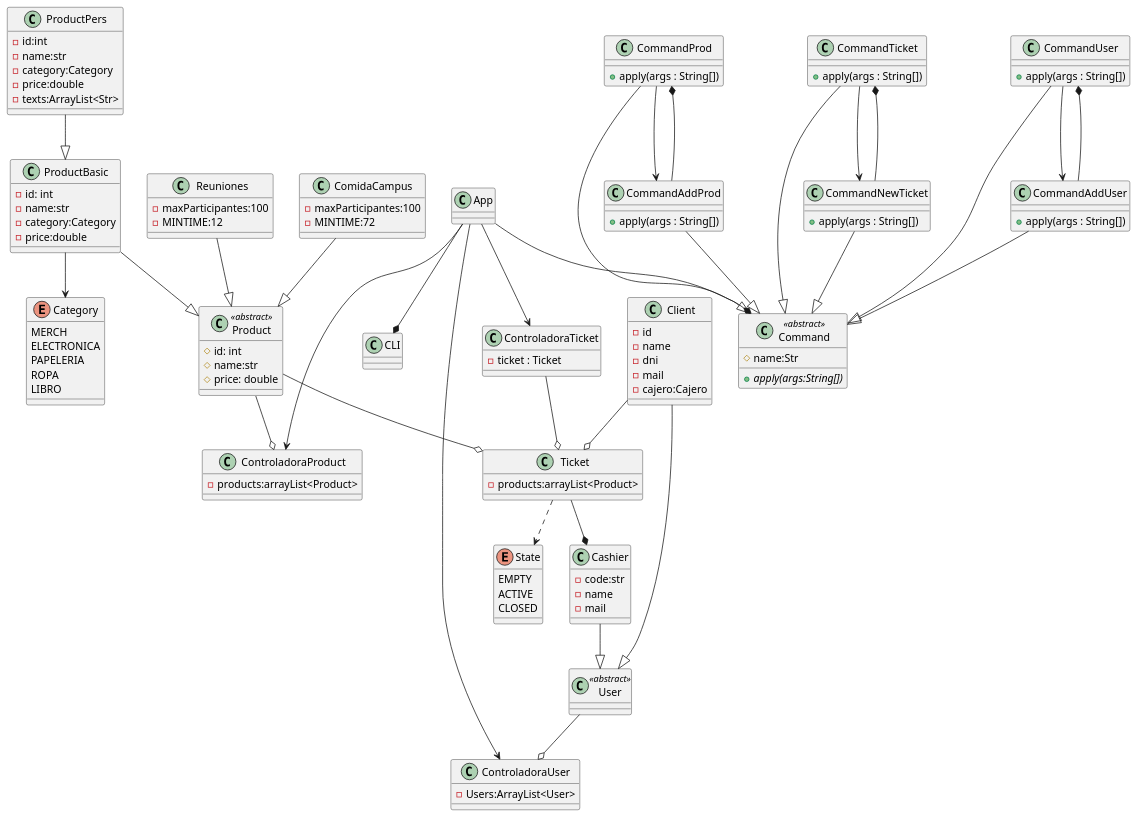
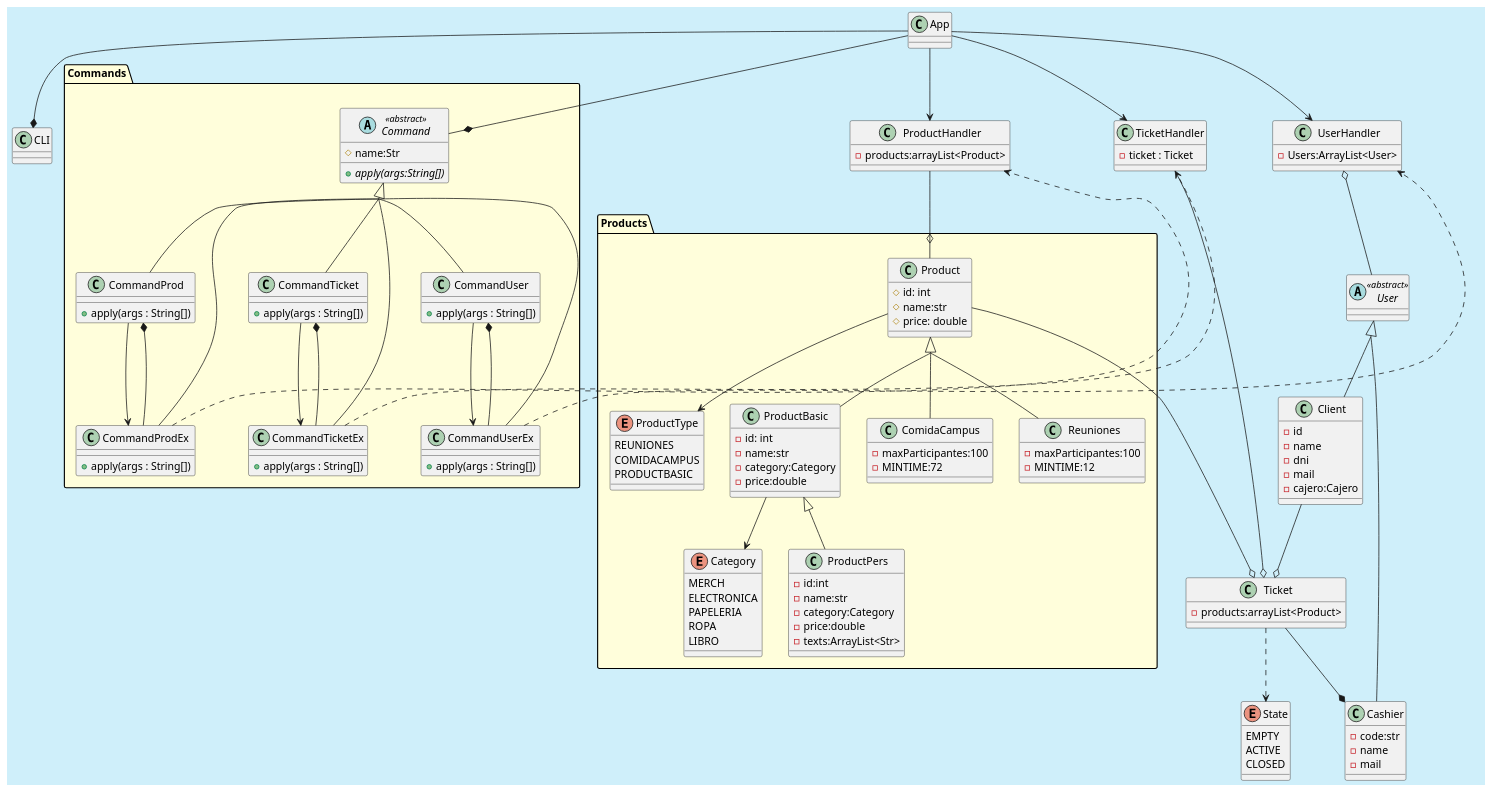
One commit to MarcosAus/tienda_upm changed the diagram in src/main/java/es/upm/etsisi/poo/tienda_upm_diagramav2.puml. Above: the diagram before and after it, drawn with PlantUML. The commit also changed 11 other files, not shown here.

Commit message:
Se crean las clases CLI y las relacionadas a product: Product, Reuniones, ComidasCampus, ProductBasic, ProductPers y Category. Se ha cambiado el uml, ahora es más visual y se ha corregido semi-errores que hacian que se vierá simplemente peor.

```diff
--- a/src/main/java/es/upm/etsisi/poo/tienda_upm_diagramav2.puml
+++ b/src/main/java/es/upm/etsisi/poo/tienda_upm_diagramav2.puml
@@ -1,151 +1,180 @@
 @startuml
+Skinparam groupInheritance 2
+skinparam backgroundColor #CFEFFA
+namespace Commands #FFFEDB {
+
+}
+namespace Products #FFFEDB {
+}
+
+
 Class App {}
 class CLI {}
-class Product <<abstract>> {
+class Products.Product  {
 #id: int
 #name:str
 #price: double
 }
+enum Products.ProductType{
+REUNIONES
+COMIDACAMPUS
+PRODUCTBASIC
+}
+Product --> ProductType
 
-class ControladoraProduct {
+class ProductHandler {
 -products:arrayList<Product>
 }
 
 class Ticket{
 -products:arrayList<Product>
 }
 
 enum State{
 EMPTY
 ACTIVE
 CLOSED
 }
 
 Ticket ..>State
 
-class ControladoraTicket {
+class TicketHandler {
 -ticket : Ticket
 }
 
-Product --o ControladoraProduct
 Product --o Ticket
-ControladoraTicket --o Ticket
+TicketHandler --o Ticket
 
 
 
-class ProductBasic{
+class Products.ProductBasic{
 
 -id: int
 -name:str
 -category:Category
 -price:double
 }
 
-enum Category {
+enum Products.Category {
 MERCH
 ELECTRONICA
 PAPELERIA
 ROPA
 LIBRO
 }
 ProductBasic -->Category
-ProductBasic --|> Product
+Product <|-- ProductBasic
 
-class ProductPers{
+class Products.ProductPers{
 
 -id:int
 -name:str
 -category:Category
 -price:double
 -texts:ArrayList<Str>
 }
-ProductPers --|> ProductBasic
+ProductBasic <|--  ProductPers
 
-class ComidaCampus{
+class Products.ComidaCampus{
 -maxParticipantes:100
 -MINTIME:72
 }
-ComidaCampus --|> Product
 
-class Reuniones{
+
+class Products.Reuniones{
 -maxParticipantes:100
 -MINTIME:12
 }
-Reuniones --|> Product
 
-class ControladoraUser{
+Product <|-- ComidaCampus
+Product <|-- Reuniones
+
+class UserHandler{
 -Users:ArrayList<User>
 }
 
-class User<<abstract>> {
+abstract class User<<abstract>> {
 }
-User --o ControladoraUser
+UserHandler o-- User
+
 class Client {
 -id
 -name
 -dni
 -mail
 -cajero:Cajero
 }
-Client --|> User
 
+User <|-- Client
 
 class Cashier{
 -code:str
 -name
 -mail
 }
-Cashier --|> User
+User <|-- Cashier
 
 Ticket --* Cashier
 Client --o Ticket
 
 
-class Command <<abstract>>{
+abstract class Commands.Command <<abstract>>{
 #name:Str
 +{abstract}apply(args:String[])
 }
 
-class CommandProd{
+class Commands.CommandProd{
 + apply(args : String[])
 }
-CommandProd --|> Command
 
-class CommandAddProd{
+class Commands.CommandProdEx{
  + apply(args : String[])
 }
-CommandAddProd --|> Command
-CommandAddProd --*CommandProd
-CommandProd --> CommandAddProd
+CommandProdEx --*CommandProd
+CommandProd --> CommandProdEx
 
-class CommandTicket{
+class Commands.CommandTicket{
 + apply(args : String[])
 }
-CommandTicket --|> Command
 
-class CommandNewTicket{
+class Commands.CommandTicketEx{
  + apply(args : String[])
 }
-CommandNewTicket --|> Command
-CommandNewTicket --*CommandTicket
-CommandTicket --> CommandNewTicket
+CommandTicketEx --*CommandTicket
+CommandTicket --> CommandTicketEx
 
 
-class CommandUser{
+class Commands.CommandUser{
 + apply(args : String[])
 }
-CommandUser --|> Command
 
-class CommandAddUser{
+class Commands.CommandUserEx{
  + apply(args : String[])
 }
-CommandAddUser --|> Command
-CommandAddUser --*CommandUser
-CommandUser --> CommandAddUser
+
+CommandUserEx --*CommandUser
+CommandUser --> CommandUserEx
+
+App --* CLI
 
 App --* Command
-App --* CLI
-App --> ControladoraProduct
-App --> ControladoraTicket
-App --> ControladoraUser
+Command <|-- CommandProdEx
+Command <|-- CommandProd
+Command <|-- CommandTicket
+Command <|-- CommandTicketEx
+Command <|-- CommandUser
+Command <|-- CommandUserEx
+
+App --> ProductHandler
+
+ProductHandler --o Product
+
+
+App --> TicketHandler
+App --> UserHandler
+
+CommandUserEx .[norank].> UserHandler
+CommandProdEx .[norank].> ProductHandler
+CommandTicketEx .[norank].> TicketHandler
+
 @enduml
```
